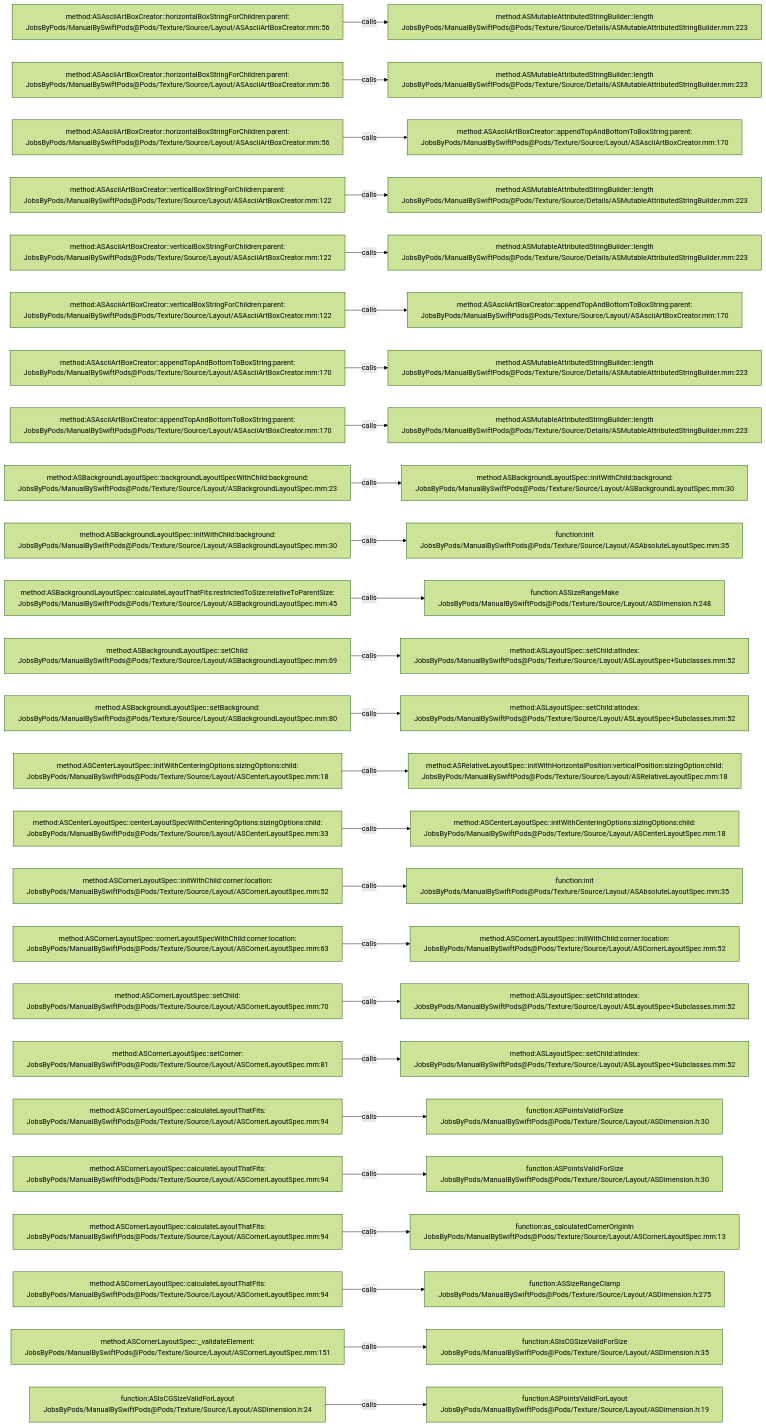
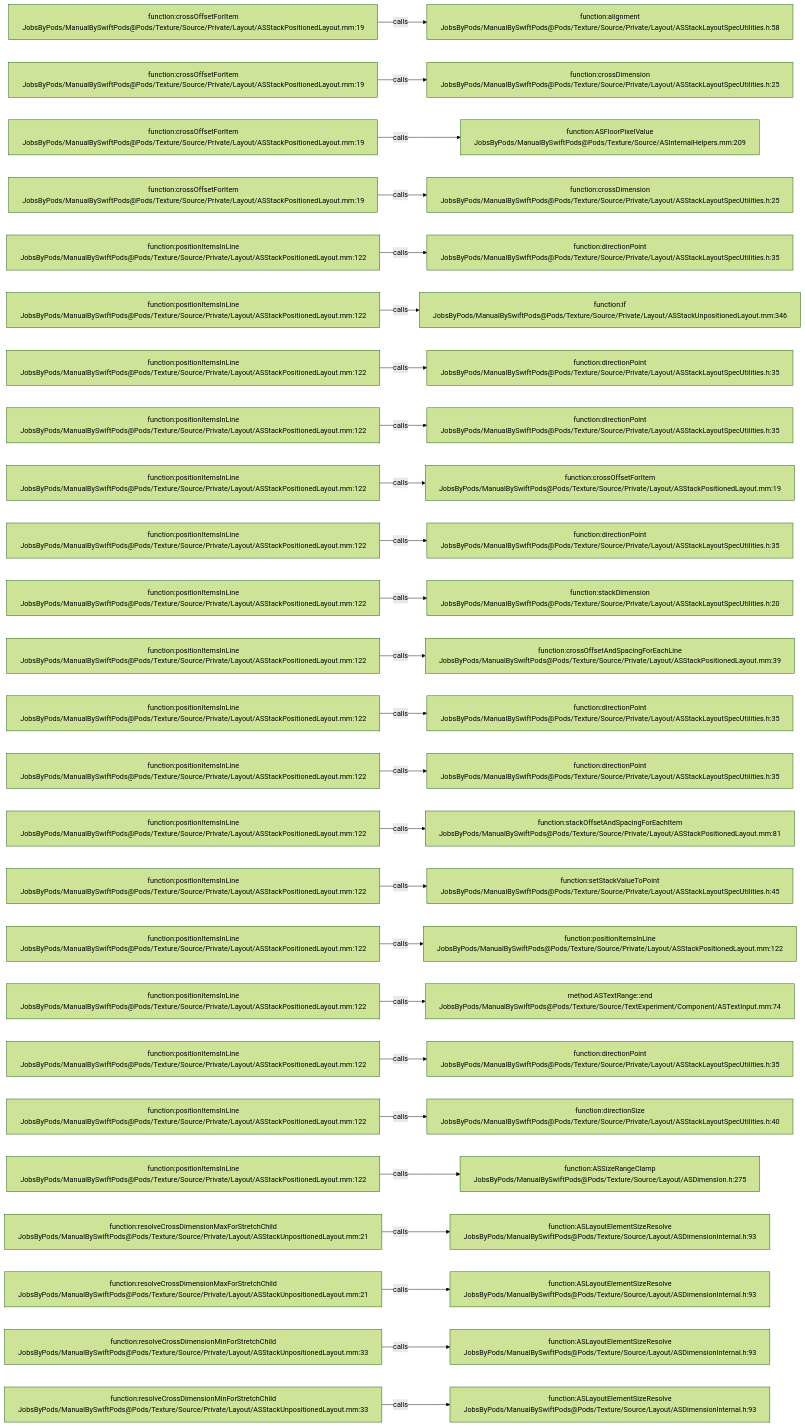
One commit to JobsKits/JobsSwiftBaseConfigDemo changed the diagram in .codegraph/codegraph.md/graphs/calls-124.md. Above: the diagram before and after it, drawn with Mermaid (forest theme). The commit also changed 832 other files, not shown here.

````diff
--- a/.codegraph/codegraph.md/graphs/calls-124.md
+++ b/.codegraph/codegraph.md/graphs/calls-124.md
@@ -13,78 +13,78 @@
 ```mermaid
 flowchart LR
-  S1["method:ASAsciiArtBoxCreator::horizontalBoxStringForChildren:parent:<br/>JobsByPods/ManualBySwiftPods@Pods/Texture/Source/Layout/ASAsciiArtBoxCreator.mm:56"]
-  T1["method:ASMutableAttributedStringBuilder::length<br/>JobsByPods/ManualBySwiftPods@Pods/Texture/Source/Details/ASMutableAttributedStringBuilder.mm:223"]
+  S1["function:crossOffsetForItem<br/>JobsByPods/ManualBySwiftPods@Pods/Texture/Source/Private/Layout/ASStackPositionedLayout.mm:19"]
+  T1["function:alignment<br/>JobsByPods/ManualBySwiftPods@Pods/Texture/Source/Private/Layout/ASStackLayoutSpecUtilities.h:58"]
   S1 -->|calls| T1
-  S2["method:ASAsciiArtBoxCreator::horizontalBoxStringForChildren:parent:<br/>JobsByPods/ManualBySwiftPods@Pods/Texture/Source/Layout/ASAsciiArtBoxCreator.mm:56"]
-  T2["method:ASMutableAttributedStringBuilder::length<br/>JobsByPods/ManualBySwiftPods@Pods/Texture/Source/Details/ASMutableAttributedStringBuilder.mm:223"]
+  S2["function:crossOffsetForItem<br/>JobsByPods/ManualBySwiftPods@Pods/Texture/Source/Private/Layout/ASStackPositionedLayout.mm:19"]
+  T2["function:crossDimension<br/>JobsByPods/ManualBySwiftPods@Pods/Texture/Source/Private/Layout/ASStackLayoutSpecUtilities.h:25"]
   S2 -->|calls| T2
-  S3["method:ASAsciiArtBoxCreator::horizontalBoxStringForChildren:parent:<br/>JobsByPods/ManualBySwiftPods@Pods/Texture/Source/Layout/ASAsciiArtBoxCreator.mm:56"]
-  T3["method:ASAsciiArtBoxCreator::appendTopAndBottomToBoxString:parent:<br/>JobsByPods/ManualBySwiftPods@Pods/Texture/Source/Layout/ASAsciiArtBoxCreator.mm:170"]
+  S3["function:crossOffsetForItem<br/>JobsByPods/ManualBySwiftPods@Pods/Texture/Source/Private/Layout/ASStackPositionedLayout.mm:19"]
+  T3["function:ASFloorPixelValue<br/>JobsByPods/ManualBySwiftPods@Pods/Texture/Source/ASInternalHelpers.mm:209"]
   S3 -->|calls| T3
-  S4["method:ASAsciiArtBoxCreator::verticalBoxStringForChildren:parent:<br/>JobsByPods/ManualBySwiftPods@Pods/Texture/Source/Layout/ASAsciiArtBoxCreator.mm:122"]
-  T4["method:ASMutableAttributedStringBuilder::length<br/>JobsByPods/ManualBySwiftPods@Pods/Texture/Source/Details/ASMutableAttributedStringBuilder.mm:223"]
+  S4["function:crossOffsetForItem<br/>JobsByPods/ManualBySwiftPods@Pods/Texture/Source/Private/Layout/ASStackPositionedLayout.mm:19"]
+  T4["function:crossDimension<br/>JobsByPods/ManualBySwiftPods@Pods/Texture/Source/Private/Layout/ASStackLayoutSpecUtilities.h:25"]
   S4 -->|calls| T4
-  S5["method:ASAsciiArtBoxCreator::verticalBoxStringForChildren:parent:<br/>JobsByPods/ManualBySwiftPods@Pods/Texture/Source/Layout/ASAsciiArtBoxCreator.mm:122"]
-  T5["method:ASMutableAttributedStringBuilder::length<br/>JobsByPods/ManualBySwiftPods@Pods/Texture/Source/Details/ASMutableAttributedStringBuilder.mm:223"]
+  S5["function:positionItemsInLine<br/>JobsByPods/ManualBySwiftPods@Pods/Texture/Source/Private/Layout/ASStackPositionedLayout.mm:122"]
+  T5["function:directionPoint<br/>JobsByPods/ManualBySwiftPods@Pods/Texture/Source/Private/Layout/ASStackLayoutSpecUtilities.h:35"]
   S5 -->|calls| T5
-  S6["method:ASAsciiArtBoxCreator::verticalBoxStringForChildren:parent:<br/>JobsByPods/ManualBySwiftPods@Pods/Texture/Source/Layout/ASAsciiArtBoxCreator.mm:122"]
-  T6["method:ASAsciiArtBoxCreator::appendTopAndBottomToBoxString:parent:<br/>JobsByPods/ManualBySwiftPods@Pods/Texture/Source/Layout/ASAsciiArtBoxCreator.mm:170"]
+  S6["function:positionItemsInLine<br/>JobsByPods/ManualBySwiftPods@Pods/Texture/Source/Private/Layout/ASStackPositionedLayout.mm:122"]
+  T6["function:if<br/>JobsByPods/ManualBySwiftPods@Pods/Texture/Source/Private/Layout/ASStackUnpositionedLayout.mm:346"]
   S6 -->|calls| T6
-  S7["method:ASAsciiArtBoxCreator::appendTopAndBottomToBoxString:parent:<br/>JobsByPods/ManualBySwiftPods@Pods/Texture/Source/Layout/ASAsciiArtBoxCreator.mm:170"]
-  T7["method:ASMutableAttributedStringBuilder::length<br/>JobsByPods/ManualBySwiftPods@Pods/Texture/Source/Details/ASMutableAttributedStringBuilder.mm:223"]
+  S7["function:positionItemsInLine<br/>JobsByPods/ManualBySwiftPods@Pods/Texture/Source/Private/Layout/ASStackPositionedLayout.mm:122"]
+  T7["function:directionPoint<br/>JobsByPods/ManualBySwiftPods@Pods/Texture/Source/Private/Layout/ASStackLayoutSpecUtilities.h:35"]
   S7 -->|calls| T7
-  S8["method:ASAsciiArtBoxCreator::appendTopAndBottomToBoxString:parent:<br/>JobsByPods/ManualBySwiftPods@Pods/Texture/Source/Layout/ASAsciiArtBoxCreator.mm:170"]
-  T8["method:ASMutableAttributedStringBuilder::length<br/>JobsByPods/ManualBySwiftPods@Pods/Texture/Source/Details/ASMutableAttributedStringBuilder.mm:223"]
+  S8["function:positionItemsInLine<br/>JobsByPods/ManualBySwiftPods@Pods/Texture/Source/Private/Layout/ASStackPositionedLayout.mm:122"]
+  T8["function:directionPoint<br/>JobsByPods/ManualBySwiftPods@Pods/Texture/Source/Private/Layout/ASStackLayoutSpecUtilities.h:35"]
   S8 -->|calls| T8
-  S9["method:ASBackgroundLayoutSpec::backgroundLayoutSpecWithChild:background:<br/>JobsByPods/ManualBySwiftPods@Pods/Texture/Source/Layout/ASBackgroundLayoutSpec.mm:23"]
-  T9["method:ASBackgroundLayoutSpec::initWithChild:background:<br/>JobsByPods/ManualBySwiftPods@Pods/Texture/Source/Layout/ASBackgroundLayoutSpec.mm:30"]
+  S9["function:positionItemsInLine<br/>JobsByPods/ManualBySwiftPods@Pods/Texture/Source/Private/Layout/ASStackPositionedLayout.mm:122"]
+  T9["function:crossOffsetForItem<br/>JobsByPods/ManualBySwiftPods@Pods/Texture/Source/Private/Layout/ASStackPositionedLayout.mm:19"]
   S9 -->|calls| T9
-  S10["method:ASBackgroundLayoutSpec::initWithChild:background:<br/>JobsByPods/ManualBySwiftPods@Pods/Texture/Source/Layout/ASBackgroundLayoutSpec.mm:30"]
-  T10["function:init<br/>JobsByPods/ManualBySwiftPods@Pods/Texture/Source/Layout/ASAbsoluteLayoutSpec.mm:35"]
+  S10["function:positionItemsInLine<br/>JobsByPods/ManualBySwiftPods@Pods/Texture/Source/Private/Layout/ASStackPositionedLayout.mm:122"]
+  T10["function:directionPoint<br/>JobsByPods/ManualBySwiftPods@Pods/Texture/Source/Private/Layout/ASStackLayoutSpecUtilities.h:35"]
   S10 -->|calls| T10
-  S11["method:ASBackgroundLayoutSpec::calculateLayoutThatFits:restrictedToSize:relativeToParentSize:<br/>JobsByPods/ManualBySwiftPods@Pods/Texture/Source/Layout/ASBackgroundLayoutSpec.mm:45"]
-  T11["function:ASSizeRangeMake<br/>JobsByPods/ManualBySwiftPods@Pods/Texture/Source/Layout/ASDimension.h:248"]
+  S11["function:positionItemsInLine<br/>JobsByPods/ManualBySwiftPods@Pods/Texture/Source/Private/Layout/ASStackPositionedLayout.mm:122"]
+  T11["function:stackDimension<br/>JobsByPods/ManualBySwiftPods@Pods/Texture/Source/Private/Layout/ASStackLayoutSpecUtilities.h:20"]
   S11 -->|calls| T11
-  S12["method:ASBackgroundLayoutSpec::setChild:<br/>JobsByPods/ManualBySwiftPods@Pods/Texture/Source/Layout/ASBackgroundLayoutSpec.mm:69"]
-  T12["method:ASLayoutSpec::setChild:atIndex:<br/>JobsByPods/ManualBySwiftPods@Pods/Texture/Source/Layout/ASLayoutSpec+Subclasses.mm:52"]
+  S12["function:positionItemsInLine<br/>JobsByPods/ManualBySwiftPods@Pods/Texture/Source/Private/Layout/ASStackPositionedLayout.mm:122"]
+  T12["function:crossOffsetAndSpacingForEachLine<br/>JobsByPods/ManualBySwiftPods@Pods/Texture/Source/Private/Layout/ASStackPositionedLayout.mm:39"]
   S12 -->|calls| T12
-  S13["method:ASBackgroundLayoutSpec::setBackground:<br/>JobsByPods/ManualBySwiftPods@Pods/Texture/Source/Layout/ASBackgroundLayoutSpec.mm:80"]
-  T13["method:ASLayoutSpec::setChild:atIndex:<br/>JobsByPods/ManualBySwiftPods@Pods/Texture/Source/Layout/ASLayoutSpec+Subclasses.mm:52"]
+  S13["function:positionItemsInLine<br/>JobsByPods/ManualBySwiftPods@Pods/Texture/Source/Private/Layout/ASStackPositionedLayout.mm:122"]
+  T13["function:directionPoint<br/>JobsByPods/ManualBySwiftPods@Pods/Texture/Source/Private/Layout/ASStackLayoutSpecUtilities.h:35"]
   S13 -->|calls| T13
-  S14["method:ASCenterLayoutSpec::initWithCenteringOptions:sizingOptions:child:<br/>JobsByPods/ManualBySwiftPods@Pods/Texture/Source/Layout/ASCenterLayoutSpec.mm:18"]
-  T14["method:ASRelativeLayoutSpec::initWithHorizontalPosition:verticalPosition:sizingOption:child:<br/>JobsByPods/ManualBySwiftPods@Pods/Texture/Source/Layout/ASRelativeLayoutSpec.mm:18"]
+  S14["function:positionItemsInLine<br/>JobsByPods/ManualBySwiftPods@Pods/Texture/Source/Private/Layout/ASStackPositionedLayout.mm:122"]
+  T14["function:directionPoint<br/>JobsByPods/ManualBySwiftPods@Pods/Texture/Source/Private/Layout/ASStackLayoutSpecUtilities.h:35"]
   S14 -->|calls| T14
-  S15["method:ASCenterLayoutSpec::centerLayoutSpecWithCenteringOptions:sizingOptions:child:<br/>JobsByPods/ManualBySwiftPods@Pods/Texture/Source/Layout/ASCenterLayoutSpec.mm:33"]
-  T15["method:ASCenterLayoutSpec::initWithCenteringOptions:sizingOptions:child:<br/>JobsByPods/ManualBySwiftPods@Pods/Texture/Source/Layout/ASCenterLayoutSpec.mm:18"]
+  S15["function:positionItemsInLine<br/>JobsByPods/ManualBySwiftPods@Pods/Texture/Source/Private/Layout/ASStackPositionedLayout.mm:122"]
+  T15["function:stackOffsetAndSpacingForEachItem<br/>JobsByPods/ManualBySwiftPods@Pods/Texture/Source/Private/Layout/ASStackPositionedLayout.mm:81"]
   S15 -->|calls| T15
-  S16["method:ASCornerLayoutSpec::initWithChild:corner:location:<br/>JobsByPods/ManualBySwiftPods@Pods/Texture/Source/Layout/ASCornerLayoutSpec.mm:52"]
-  T16["function:init<br/>JobsByPods/ManualBySwiftPods@Pods/Texture/Source/Layout/ASAbsoluteLayoutSpec.mm:35"]
+  S16["function:positionItemsInLine<br/>JobsByPods/ManualBySwiftPods@Pods/Texture/Source/Private/Layout/ASStackPositionedLayout.mm:122"]
+  T16["function:setStackValueToPoint<br/>JobsByPods/ManualBySwiftPods@Pods/Texture/Source/Private/Layout/ASStackLayoutSpecUtilities.h:45"]
   S16 -->|calls| T16
-  S17["method:ASCornerLayoutSpec::cornerLayoutSpecWithChild:corner:location:<br/>JobsByPods/ManualBySwiftPods@Pods/Texture/Source/Layout/ASCornerLayoutSpec.mm:63"]
-  T17["method:ASCornerLayoutSpec::initWithChild:corner:location:<br/>JobsByPods/ManualBySwiftPods@Pods/Texture/Source/Layout/ASCornerLayoutSpec.mm:52"]
+  S17["function:positionItemsInLine<br/>JobsByPods/ManualBySwiftPods@Pods/Texture/Source/Private/Layout/ASStackPositionedLayout.mm:122"]
+  T17["function:positionItemsInLine<br/>JobsByPods/ManualBySwiftPods@Pods/Texture/Source/Private/Layout/ASStackPositionedLayout.mm:122"]
   S17 -->|calls| T17
-  S18["method:ASCornerLayoutSpec::setChild:<br/>JobsByPods/ManualBySwiftPods@Pods/Texture/Source/Layout/ASCornerLayoutSpec.mm:70"]
-  T18["method:ASLayoutSpec::setChild:atIndex:<br/>JobsByPods/ManualBySwiftPods@Pods/Texture/Source/Layout/ASLayoutSpec+Subclasses.mm:52"]
+  S18["function:positionItemsInLine<br/>JobsByPods/ManualBySwiftPods@Pods/Texture/Source/Private/Layout/ASStackPositionedLayout.mm:122"]
+  T18["method:ASTextRange::end<br/>JobsByPods/ManualBySwiftPods@Pods/Texture/Source/TextExperiment/Component/ASTextInput.mm:74"]
   S18 -->|calls| T18
-  S19["method:ASCornerLayoutSpec::setCorner:<br/>JobsByPods/ManualBySwiftPods@Pods/Texture/Source/Layout/ASCornerLayoutSpec.mm:81"]
-  T19["method:ASLayoutSpec::setChild:atIndex:<br/>JobsByPods/ManualBySwiftPods@Pods/Texture/Source/Layout/ASLayoutSpec+Subclasses.mm:52"]
+  S19["function:positionItemsInLine<br/>JobsByPods/ManualBySwiftPods@Pods/Texture/Source/Private/Layout/ASStackPositionedLayout.mm:122"]
+  T19["function:directionPoint<br/>JobsByPods/ManualBySwiftPods@Pods/Texture/Source/Private/Layout/ASStackLayoutSpecUtilities.h:35"]
   S19 -->|calls| T19
-  S20["method:ASCornerLayoutSpec::calculateLayoutThatFits:<br/>JobsByPods/ManualBySwiftPods@Pods/Texture/Source/Layout/ASCornerLayoutSpec.mm:94"]
-  T20["function:ASPointsValidForSize<br/>JobsByPods/ManualBySwiftPods@Pods/Texture/Source/Layout/ASDimension.h:30"]
+  S20["function:positionItemsInLine<br/>JobsByPods/ManualBySwiftPods@Pods/Texture/Source/Private/Layout/ASStackPositionedLayout.mm:122"]
+  T20["function:directionSize<br/>JobsByPods/ManualBySwiftPods@Pods/Texture/Source/Private/Layout/ASStackLayoutSpecUtilities.h:40"]
   S20 -->|calls| T20
-  S21["method:ASCornerLayoutSpec::calculateLayoutThatFits:<br/>JobsByPods/ManualBySwiftPods@Pods/Texture/Source/Layout/ASCornerLayoutSpec.mm:94"]
-  T21["function:ASPointsValidForSize<br/>JobsByPods/ManualBySwiftPods@Pods/Texture/Source/Layout/ASDimension.h:30"]
+  S21["function:positionItemsInLine<br/>JobsByPods/ManualBySwiftPods@Pods/Texture/Source/Private/Layout/ASStackPositionedLayout.mm:122"]
+  T21["function:ASSizeRangeClamp<br/>JobsByPods/ManualBySwiftPods@Pods/Texture/Source/Layout/ASDimension.h:275"]
   S21 -->|calls| T21
-  S22["method:ASCornerLayoutSpec::calculateLayoutThatFits:<br/>JobsByPods/ManualBySwiftPods@Pods/Texture/Source/Layout/ASCornerLayoutSpec.mm:94"]
-  T22["function:as_calculatedCornerOriginIn<br/>JobsByPods/ManualBySwiftPods@Pods/Texture/Source/Layout/ASCornerLayoutSpec.mm:13"]
+  S22["function:resolveCrossDimensionMaxForStretchChild<br/>JobsByPods/ManualBySwiftPods@Pods/Texture/Source/Private/Layout/ASStackUnpositionedLayout.mm:21"]
+  T22["function:ASLayoutElementSizeResolve<br/>JobsByPods/ManualBySwiftPods@Pods/Texture/Source/Layout/ASDimensionInternal.h:93"]
   S22 -->|calls| T22
-  S23["method:ASCornerLayoutSpec::calculateLayoutThatFits:<br/>JobsByPods/ManualBySwiftPods@Pods/Texture/Source/Layout/ASCornerLayoutSpec.mm:94"]
-  T23["function:ASSizeRangeClamp<br/>JobsByPods/ManualBySwiftPods@Pods/Texture/Source/Layout/ASDimension.h:275"]
+  S23["function:resolveCrossDimensionMaxForStretchChild<br/>JobsByPods/ManualBySwiftPods@Pods/Texture/Source/Private/Layout/ASStackUnpositionedLayout.mm:21"]
+  T23["function:ASLayoutElementSizeResolve<br/>JobsByPods/ManualBySwiftPods@Pods/Texture/Source/Layout/ASDimensionInternal.h:93"]
   S23 -->|calls| T23
-  S24["method:ASCornerLayoutSpec::_validateElement:<br/>JobsByPods/ManualBySwiftPods@Pods/Texture/Source/Layout/ASCornerLayoutSpec.mm:151"]
-  T24["function:ASIsCGSizeValidForSize<br/>JobsByPods/ManualBySwiftPods@Pods/Texture/Source/Layout/ASDimension.h:35"]
+  S24["function:resolveCrossDimensionMinForStretchChild<br/>JobsByPods/ManualBySwiftPods@Pods/Texture/Source/Private/Layout/ASStackUnpositionedLayout.mm:33"]
+  T24["function:ASLayoutElementSizeResolve<br/>JobsByPods/ManualBySwiftPods@Pods/Texture/Source/Layout/ASDimensionInternal.h:93"]
   S24 -->|calls| T24
-  S25["function:ASIsCGSizeValidForLayout<br/>JobsByPods/ManualBySwiftPods@Pods/Texture/Source/Layout/ASDimension.h:24"]
-  T25["function:ASPointsValidForLayout<br/>JobsByPods/ManualBySwiftPods@Pods/Texture/Source/Layout/ASDimension.h:19"]
+  S25["function:resolveCrossDimensionMinForStretchChild<br/>JobsByPods/ManualBySwiftPods@Pods/Texture/Source/Private/Layout/ASStackUnpositionedLayout.mm:33"]
+  T25["function:ASLayoutElementSizeResolve<br/>JobsByPods/ManualBySwiftPods@Pods/Texture/Source/Layout/ASDimensionInternal.h:93"]
   S25 -->|calls| T25
 ```
````
